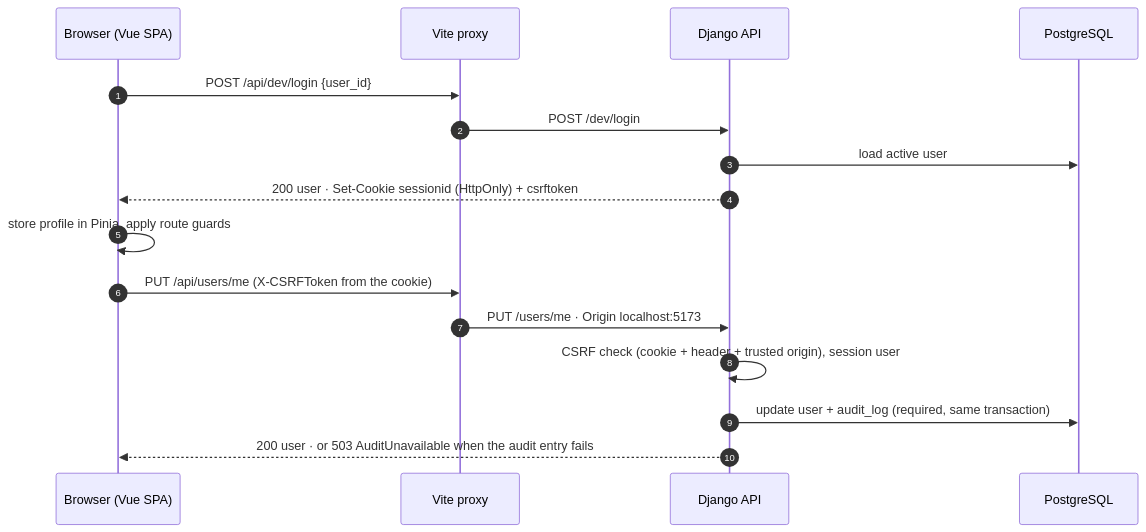
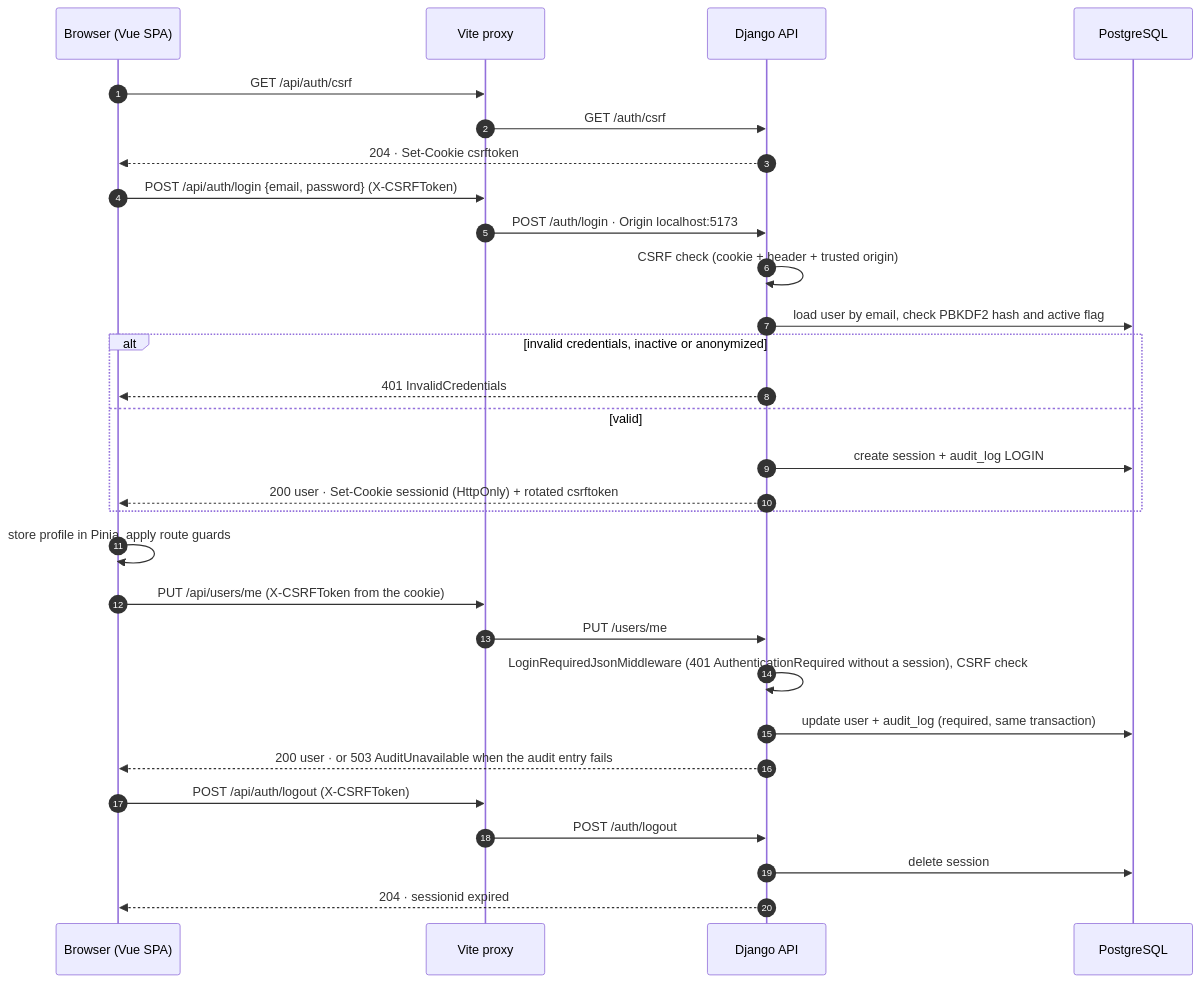
Before and after one commit to Pragma-Co/backend-indice: the second of 5 diagrams in docs/architecture/README.md, drawn with Mermaid. The commit also changed other lines of this file and 3 other files, not shown here.

First line of the commit message:
docs(#104): document the authentication flow

````diff
--- a/docs/architecture/README.md
+++ b/docs/architecture/README.md
@@ -103,19 +103,32 @@
 ```mermaid
 sequenceDiagram
     autonumber
     participant B as Browser (Vue SPA)
     participant P as Vite proxy
     participant A as Django API
     participant DB as PostgreSQL
 
-    B->>P: POST /api/dev/login {user_id}
-    P->>A: POST /dev/login
-    A->>DB: load active user
-    A-->>B: 200 user · Set-Cookie sessionid (HttpOnly) + csrftoken
+    B->>P: GET /api/auth/csrf
+    P->>A: GET /auth/csrf
+    A-->>B: 204 · Set-Cookie csrftoken
+    B->>P: POST /api/auth/login {email, password} (X-CSRFToken)
+    P->>A: POST /auth/login · Origin localhost:5173
+    A->>A: CSRF check (cookie + header + trusted origin)
+    A->>DB: load user by email, check PBKDF2 hash and active flag
+    alt invalid credentials, inactive or anonymized
+        A-->>B: 401 InvalidCredentials
+    else valid
+        A->>DB: create session + audit_log LOGIN
+        A-->>B: 200 user · Set-Cookie sessionid (HttpOnly) + rotated csrftoken
+    end
     B->>B: store profile in Pinia, apply route guards
     B->>P: PUT /api/users/me (X-CSRFToken from the cookie)
-    P->>A: PUT /users/me · Origin localhost:5173
-    A->>A: CSRF check (cookie + header + trusted origin), session user
+    P->>A: PUT /users/me
+    A->>A: LoginRequiredJsonMiddleware (401 AuthenticationRequired without a session), CSRF check
     A->>DB: update user + audit_log (required, same transaction)
     A-->>B: 200 user · or 503 AuditUnavailable when the audit entry fails
+    B->>P: POST /api/auth/logout (X-CSRFToken)
+    P->>A: POST /auth/logout
+    A->>DB: delete session
+    A-->>B: 204 · sessionid expired
 ```
````
